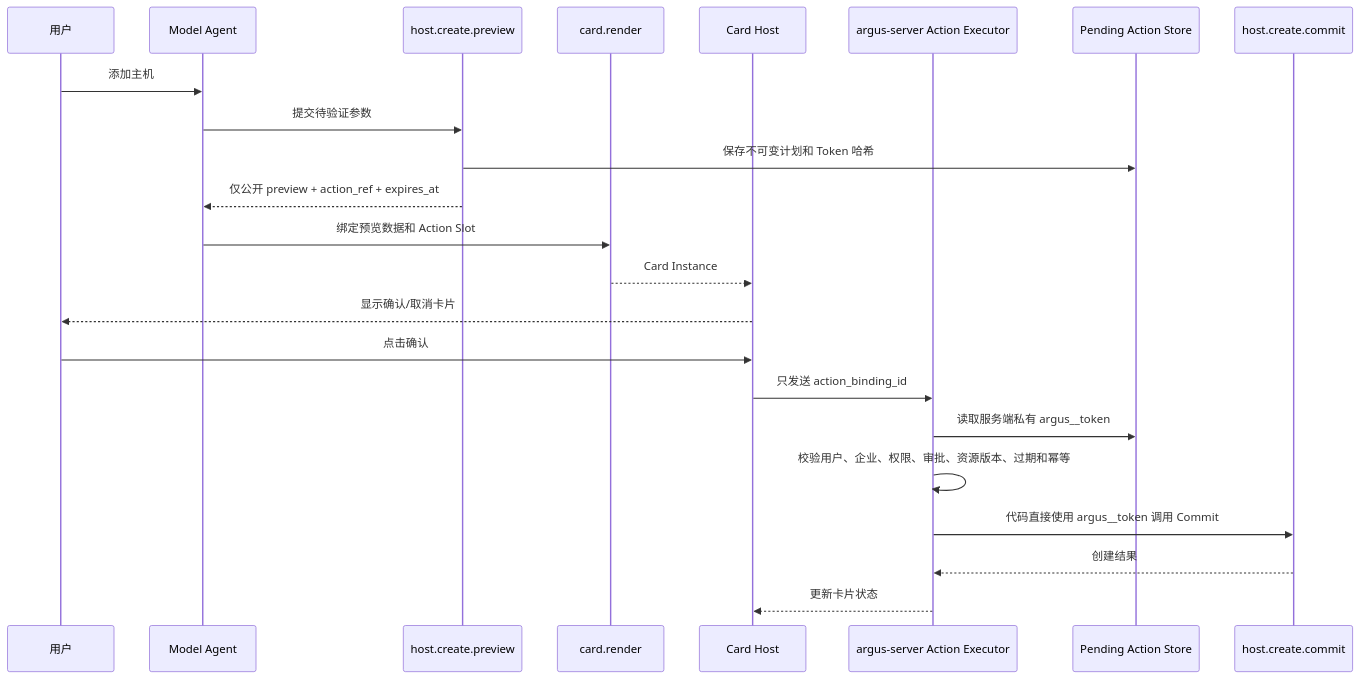
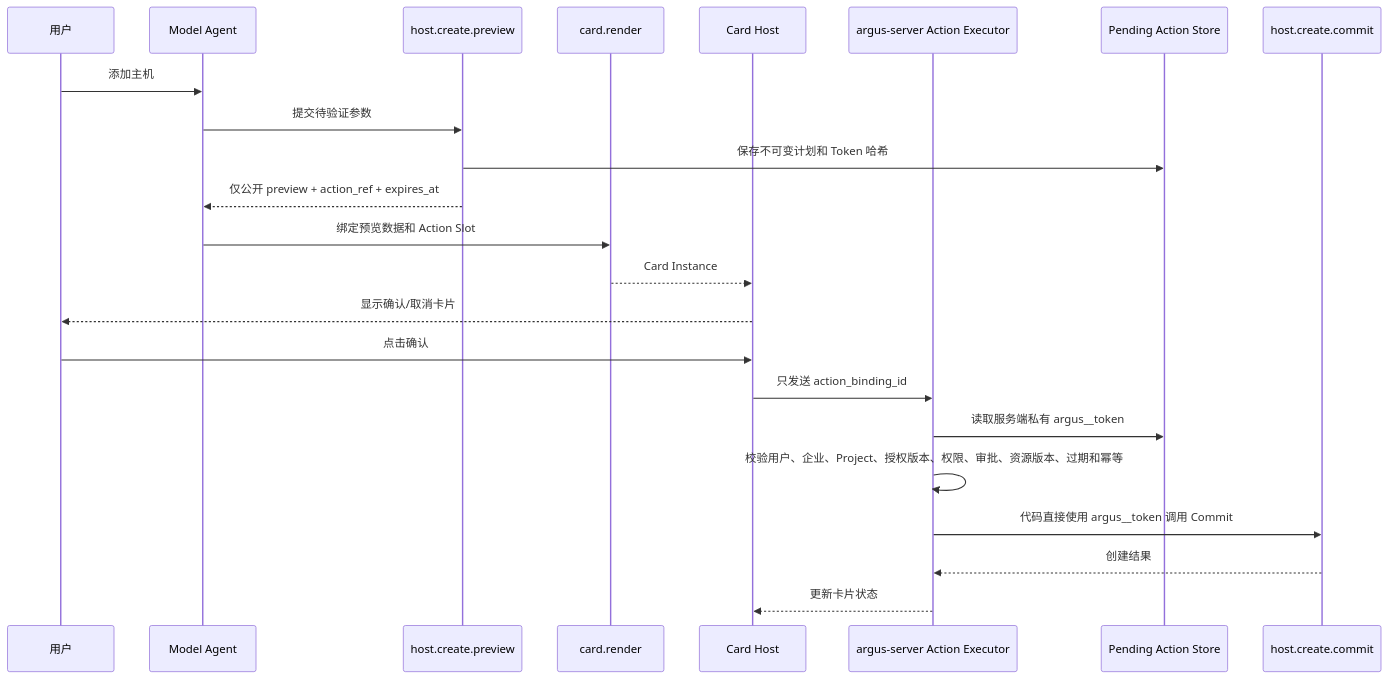
Before and after one commit to kakj-go/Argus: the first of 2 diagrams in docs/04-agent-mcp-and-action-workflow.md, drawn with Mermaid. The commit also changed other lines of this file and 302 other files, not shown here.

````diff
--- a/docs/04-agent-mcp-and-action-workflow.md
+++ b/docs/04-agent-mcp-and-action-workflow.md
@@ -170,26 +174,26 @@
 ```mermaid
 sequenceDiagram
     participant U as 用户
     participant A as Model Agent
     participant P as host.create.preview
     participant R as card.render
     participant H as Card Host
     participant E as argus-server Action Executor
     participant S as Pending Action Store
     participant C as host.create.commit
 
     U->>A: 添加主机
     A->>P: 提交待验证参数
     P->>S: 保存不可变计划和 Token 哈希
     P-->>A: 仅公开 preview + action_ref + expires_at
     A->>R: 绑定预览数据和 Action Slot
     R-->>H: Card Instance
     H-->>U: 显示确认/取消卡片
     U->>H: 点击确认
     H->>E: 只发送 action_binding_id
     E->>S: 读取服务端私有 argus__token
-    E->>E: 校验用户、企业、权限、审批、资源版本、过期和幂等
+    E->>E: 校验用户、企业、Project、授权版本、权限、审批、资源版本、过期和幂等
     E->>C: 代码直接使用 argus__token 调用 Commit
     C-->>E: 创建结果
     E-->>H: 更新卡片状态
 ```
````
